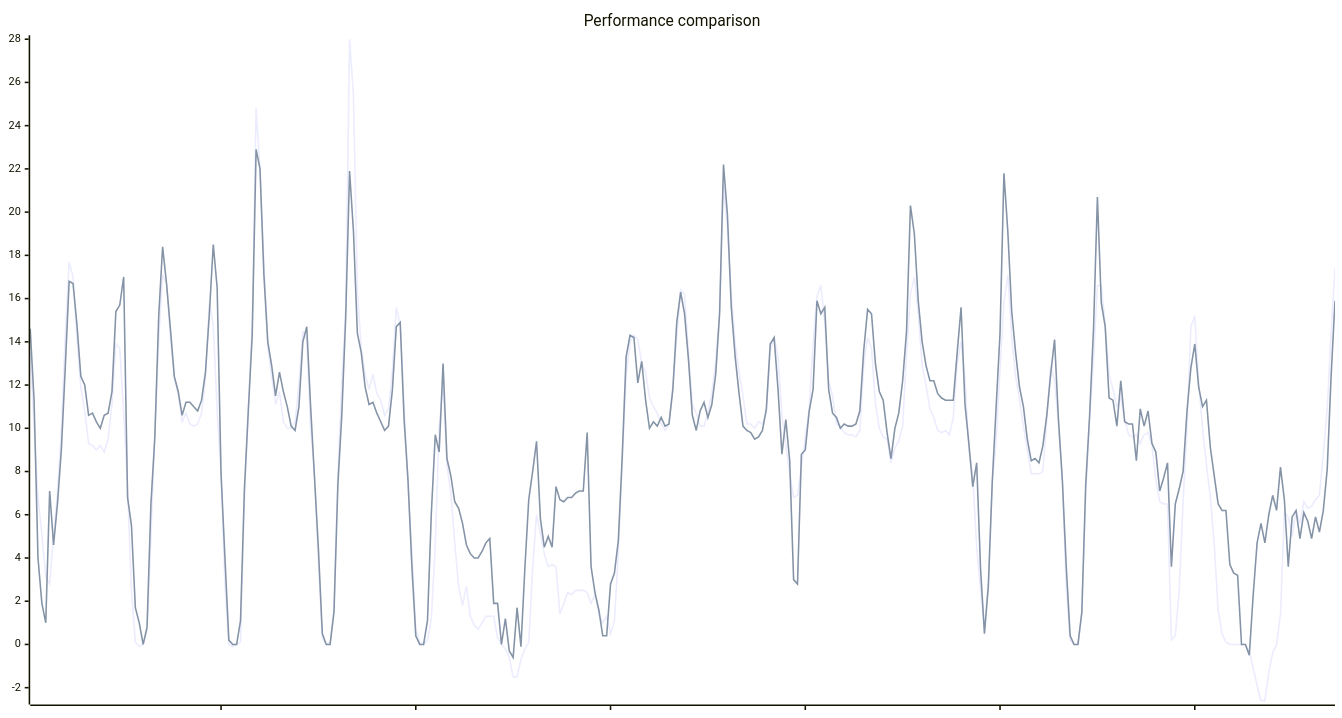
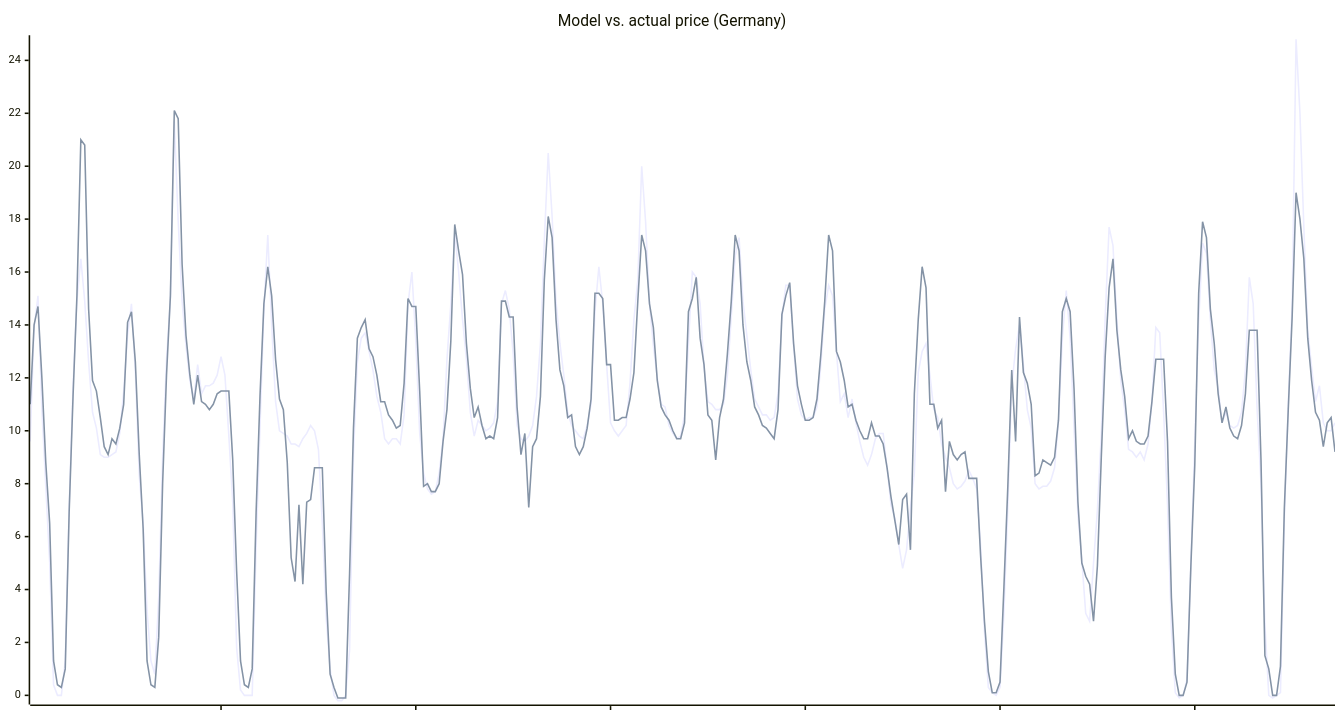
One commit to hchris1/EpexPredictor changed the diagram in README.md. Above: the diagram before and after it, drawn with Mermaid. The commit also changed other lines of this file and 1 other file, not shown here.

Commit message:
30 learn days by default seems to significantly improve model performance, probably due to seasonal effects

````diff
--- a/README.md
+++ b/README.md
@@ -63,15 +63,15 @@
 ```mermaid
 ---
 config:
     xyChart:
         width: 1700
         height: 900
         plotReservedSpacePercent: 80
         xAxis:
             showLabel: false
 ---
 xychart-beta
-    title "Performance comparison"
-    line [13.5,10.1,6.8,5.1,3.1,2.8,5.0,7.0,9.9,14.3,17.7,17.0,14.2,11.9,10.8,9.3,9.2,9.0,9.2,8.9,9.5,11.1,13.9,13.7,10.7,7.2,2.5,0.1,-0.1,-0.0,0.6,5.0,9.6,14.1,17.1,16.7,14.2,12.3,11.6,10.3,10.7,10.2,10.1,10.2,10.7,12.3,15.8,14.8,10.8,8.0,2.7,-0.0,-0.1,-0.0,0.1,6.7,11.0,14.8,24.8,22.0,17.7,13.8,12.4,11.1,11.7,10.3,10.0,10.0,10.3,12.0,14.5,14.1,10.0,7.9,3.8,0.3,0.0,0.1,1.7,7.9,12.1,15.5,28.0,25.4,16.4,13.7,12.5,11.8,12.5,11.6,11.3,10.6,10.9,12.7,15.6,14.8,11.1,7.3,4.3,0.7,0.1,0.0,0.2,1.2,4.6,10.0,12.1,8.3,7.0,4.7,2.7,1.8,2.7,1.3,0.9,0.7,1.0,1.3,1.3,1.3,0.3,0.0,-0.2,-0.6,-1.5,-1.5,-0.7,-0.2,0.1,3.5,6.0,5.1,4.2,3.6,3.7,3.6,1.4,1.9,2.4,2.3,2.5,2.5,2.5,2.4,1.9,2.3,1.4,1.0,1.3,0.5,1.1,4.2,8.4,12.4,14.0,14.3,14.1,13.0,12.6,11.4,11.0,10.7,10.2,9.9,10.2,12.0,14.2,16.4,16.2,13.5,11.1,10.7,10.1,10.1,10.7,11.6,13.1,15.4,21.2,19.3,16.2,13.9,12.6,11.5,10.2,10.2,10.0,10.3,10.2,10.7,13.6,14.2,13.3,10.6,9.2,7.9,6.8,6.9,8.2,9.6,10.9,13.9,16.1,16.6,14.9,12.2,11.5,10.2,10.1,9.8,9.7,9.7,9.6,9.9,12.9,14.2,13.7,11.2,10.0,9.6,9.5,8.4,9.1,9.4,10.1,13.5,16.2,17.0,15.3,12.9,12.0,10.9,10.5,9.9,9.8,9.9,9.7,10.5,13.0,14.0,12.3,9.0,7.8,4.5,2.5,0.7,3.0,7.5,9.4,12.7,15.8,17.1,14.2,12.4,11.3,10.1,9.0,7.9,7.9,7.9,8.0,10.4,12.9,12.2,10.2,7.6,2.6,0.2,-0.0,-0.0,1.4,7.0,10.4,13.2,16.6,16.6,14.8,12.5,11.8,11.0,11.4,10.4,9.7,9.6,9.7,9.3,9.7,9.8,9.2,7.6,6.6,6.5,6.5,0.2,0.4,2.5,6.6,10.0,14.7,15.2,12.1,10.0,8.3,6.8,4.6,1.6,0.5,0.1,0.0,0.0,0.0,-0.0,-0.0,-0.3,-1.1,-1.9,-2.6,-2.6,-1.3,-0.4,-0.0,1.4,6.1,5.9,5.0,6.2,5.6,6.6,6.3,6.4,6.7,6.9,8.8,10.9,14.4,17.4]
-    line [14.6,11.3,4.0,1.9,1.0,7.1,4.6,6.5,9.0,12.8,16.8,16.7,14.8,12.4,12.0,10.6,10.7,10.3,10.0,10.6,10.7,11.7,15.4,15.7,17.0,6.8,5.5,1.7,1.0,0.0,0.8,6.5,9.6,15.2,18.4,16.7,14.6,12.4,11.7,10.6,11.2,11.2,11.0,10.8,11.3,12.6,15.3,18.5,16.5,7.9,4.0,0.2,-0.0,0.0,1.1,7.2,10.8,14.3,22.9,22.0,17.1,14.0,12.9,11.5,12.6,11.7,11.0,10.1,9.9,11.0,14.0,14.7,11.0,7.7,4.4,0.5,0.0,0.0,1.5,7.4,10.6,15.1,21.9,19.1,14.4,13.5,11.9,11.1,11.2,10.7,10.3,9.9,10.1,11.8,14.7,14.9,10.4,7.6,3.6,0.4,0.0,0.0,1.1,6.1,9.7,8.9,13.0,8.6,7.8,6.6,6.3,5.6,4.6,4.2,4.0,4.0,4.3,4.7,4.9,1.9,1.9,0.0,1.2,-0.3,-0.6,1.7,-0.1,3.5,6.7,8.0,9.4,5.8,4.5,5.0,4.5,7.3,6.7,6.6,6.8,6.8,7.0,7.1,7.1,9.8,3.6,2.4,1.6,0.4,0.4,2.8,3.3,4.8,8.7,13.3,14.3,14.2,12.1,13.1,11.3,10.0,10.3,10.1,10.5,10.1,10.2,11.8,14.9,16.3,15.3,13.2,10.6,9.9,10.8,11.2,10.5,11.1,12.5,15.3,22.2,19.9,15.6,13.3,11.6,10.1,9.9,9.8,9.5,9.6,9.9,10.9,13.9,14.2,11.8,8.8,10.4,8.5,3.0,2.8,8.8,9.0,10.8,11.8,15.9,15.3,15.6,11.8,10.7,10.5,10.0,10.2,10.1,10.1,10.2,10.8,13.6,15.5,15.3,13.0,11.7,11.3,9.8,8.6,10.0,10.7,12.2,14.5,20.3,19.0,15.9,14.0,12.9,12.2,12.2,11.6,11.4,11.3,11.3,11.3,13.5,15.6,11.1,9.3,7.3,8.4,3.5,0.5,2.7,7.5,11.0,14.4,21.8,19.1,15.4,13.5,11.9,11.0,9.5,8.5,8.6,8.4,9.2,10.6,12.5,14.1,10.4,7.6,3.6,0.4,0.0,0.0,1.5,7.4,10.6,14.6,20.7,15.8,14.7,11.4,11.3,10.1,12.2,10.3,10.2,10.2,8.5,10.9,10.1,10.8,9.3,8.9,7.1,7.7,8.4,3.6,6.5,7.2,8.0,10.8,12.8,13.9,11.9,11.0,11.3,9.1,7.8,6.5,6.2,6.2,3.7,3.3,3.2,-0.0,-0.0,-0.5,2.3,4.7,5.6,4.7,6.0,6.9,6.2,8.2,6.7,3.6,5.9,6.2,4.9,6.1,5.7,4.9,5.9,5.2,6.2,8.1,12.4,15.9]
+    title "Model vs. actual price (Germany)"
+    line [9.6,13.9,15.1,10.8,7.9,5.0,0.4,0.0,0.0,1.3,7.1,11.7,14.9,16.5,14.9,12.6,10.7,10.1,9.1,9.0,9.0,9.1,9.2,9.9,11.5,13.6,14.8,12.2,8.3,6.5,3.2,1.3,0.8,3.7,9.0,12.7,15.0,21.7,17.9,14.9,13.2,11.9,11.2,12.5,11.4,11.7,11.7,11.8,12.1,12.8,12.1,9.8,7.3,1.8,0.2,-0.0,-0.0,0.0,5.6,10.1,14.6,17.4,14.0,11.1,10.0,9.9,9.8,9.5,9.5,9.4,9.7,9.9,10.2,10.0,9.3,6.5,2.9,1.0,0.0,-0.2,-0.2,0.0,1.7,9.1,12.6,13.5,13.7,13.0,12.3,11.3,10.7,9.7,9.5,9.7,9.7,9.5,10.6,14.8,16.0,13.4,9.9,8.4,7.8,7.6,7.7,8.4,9.7,12.7,14.8,17.5,16.0,14.2,12.7,10.7,9.8,10.4,10.2,10.0,10.1,10.3,11.1,14.8,15.3,14.6,12.9,10.2,9.7,9.6,9.8,10.2,11.3,13.3,17.2,20.5,18.1,14.9,13.3,12.1,10.7,10.2,10.0,9.8,9.7,10.2,11.0,14.5,16.2,14.8,12.5,10.3,10.0,9.8,10.0,10.2,11.8,14.2,15.7,20.0,17.9,14.8,13.2,12.0,11.0,10.9,10.2,9.9,9.7,9.8,10.6,13.3,16.0,15.8,14.8,12.4,11.1,11.0,10.8,10.8,11.0,12.1,14.3,16.6,17.3,14.9,13.6,12.3,11.2,10.9,10.6,10.6,10.4,10.5,11.4,14.3,15.5,15.5,13.2,11.2,10.6,10.4,10.5,10.5,10.9,12.5,14.6,15.5,15.1,13.0,11.1,11.4,10.5,11.2,10.3,9.6,9.0,8.7,9.1,9.7,9.9,9.9,8.6,7.2,6.7,5.7,4.8,5.5,7.1,8.4,12.2,13.0,13.3,12.1,10.8,10.5,9.5,9.0,8.6,8.0,7.8,7.9,8.1,8.5,8.2,7.8,5.7,2.4,0.3,0.1,0.0,0.3,3.1,7.1,11.7,13.1,14.0,12.5,10.8,10.1,8.0,7.8,7.9,7.9,8.1,8.6,10.3,13.5,15.3,13.5,10.1,6.8,5.1,3.1,2.8,5.0,7.0,9.9,14.3,17.7,17.0,14.2,11.9,10.8,9.3,9.2,9.0,9.2,8.9,9.5,11.1,13.9,13.7,10.7,7.2,2.5,0.1,-0.1,-0.0,0.6,5.0,9.6,14.1,17.1,16.7,14.2,12.3,11.6,10.3,10.7,10.2,10.1,10.2,10.7,12.3,15.8,14.8,10.8,8.0,2.7,-0.0,-0.1,-0.0,0.1,6.7,11.0,14.8,24.8,22.0,17.7,13.8,12.4,11.1,11.7,10.3,10.0,10.0,10.3]
+    line [11.0,14.0,14.7,12.0,8.8,6.5,1.3,0.4,0.3,1.0,6.9,11.3,15.1,21.0,20.8,14.6,11.9,11.5,10.5,9.4,9.1,9.7,9.5,10.1,11.0,14.1,14.5,12.6,9.1,6.3,1.3,0.4,0.3,2.2,8.0,12.1,15.1,22.1,21.8,16.3,13.6,12.1,11.0,12.1,11.1,11.0,10.8,11.0,11.4,11.5,11.5,11.5,8.9,4.7,1.3,0.4,0.3,1.0,6.9,11.3,14.8,16.2,15.1,12.7,11.2,10.8,8.8,5.2,4.3,7.2,4.2,7.3,7.4,8.6,8.6,8.6,3.9,0.8,0.3,-0.1,-0.1,-0.1,4.6,10.1,13.5,13.9,14.2,13.1,12.8,12.1,11.1,11.1,10.6,10.4,10.1,10.2,11.8,15.0,14.7,14.7,11.5,7.9,8.0,7.7,7.7,8.0,9.6,10.8,13.4,17.8,16.8,15.9,13.3,11.6,10.5,10.9,10.2,9.7,9.8,9.7,10.5,14.9,14.9,14.3,14.3,10.9,9.1,9.9,7.1,9.4,9.7,11.3,15.7,18.1,17.3,14.2,12.3,11.7,10.5,10.6,9.4,9.1,9.4,10.1,11.2,15.2,15.2,15.0,12.5,12.5,10.4,10.4,10.5,10.5,11.2,12.2,14.9,17.4,16.8,14.8,13.9,11.9,10.9,10.6,10.4,10.0,9.7,9.7,10.3,14.5,15.0,15.8,13.5,12.5,10.6,10.4,8.9,10.5,11.2,12.9,14.9,17.4,16.8,14.0,12.6,11.9,10.9,10.6,10.2,10.1,9.9,9.7,10.8,14.4,15.1,15.6,13.3,11.7,11.0,10.4,10.4,10.5,11.2,12.9,14.9,17.4,16.8,13.0,12.6,11.9,10.9,11.0,10.4,10.0,9.7,9.7,10.3,9.8,9.8,9.5,8.6,7.5,6.6,5.7,7.4,7.6,5.5,11.4,14.2,16.2,15.4,11.0,11.0,10.1,10.4,7.7,9.6,9.1,8.9,9.1,9.2,8.2,8.2,8.2,5.3,2.8,0.9,0.1,0.1,0.5,4.1,7.9,12.3,9.6,14.3,12.2,11.8,11.0,8.3,8.4,8.9,8.8,8.7,9.0,10.4,14.5,15.0,14.5,11.6,7.3,5.0,4.5,4.2,2.8,4.9,9.0,12.8,15.4,16.5,13.8,12.3,11.3,9.7,10.0,9.6,9.5,9.5,9.8,11.1,12.7,12.7,12.7,9.6,3.7,0.8,-0.0,-0.0,0.5,4.9,8.7,15.2,17.9,17.3,14.6,13.3,11.4,10.3,10.9,10.1,9.8,9.7,10.2,11.4,13.8,13.8,13.8,8.9,1.5,1.0,-0.0,0.0,1.1,7.1,10.8,14.3,19.0,18.0,16.5,13.5,11.9,10.7,10.4,9.4,10.3,10.5,9.2]
 ```
````
